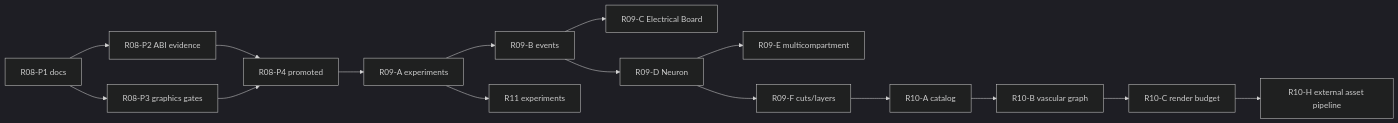
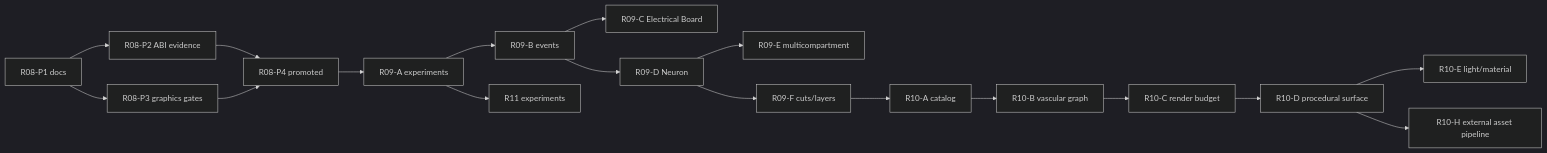
Diagram 13 of 13 in ARCHITECTURE.md (blightghp/blightghp), drawn with Mermaid (dark theme) before and after one commit. The commit also changed other lines of this file and 23 other files, not shown here.

````diff
--- a/ARCHITECTURE.md
+++ b/ARCHITECTURE.md
@@ -494,18 +496,20 @@
 ```mermaid
 flowchart LR
     P1["R08-P1 docs"] --> P2["R08-P2 ABI evidence"]
     P1 --> P3["R08-P3 graphics gates"]
     P2 --> P4["R08-P4 promoted"]
     P3 --> P4
     P4 --> A["R09-A experiments"]
     A --> B["R09-B events"]
     B --> C["R09-C Electrical Board"]
     B --> D["R09-D Neuron"]
     D --> E["R09-E multicompartment"]
     D --> F["R09-F cuts/layers"]
     F --> CATALOG["R10-A catalog"]
     CATALOG --> VASCULAR["R10-B vascular graph"]
     VASCULAR --> BUDGET["R10-C render budget"]
-    BUDGET --> ATLAS["R10-H external asset pipeline"]
+    BUDGET --> SURFACE["R10-D procedural surface"]
+    SURFACE --> LIGHT["R10-E light/material"]
+    SURFACE --> ATLAS["R10-H external asset pipeline"]
     A --> EXP["R11 experiments"]
 ```
````
